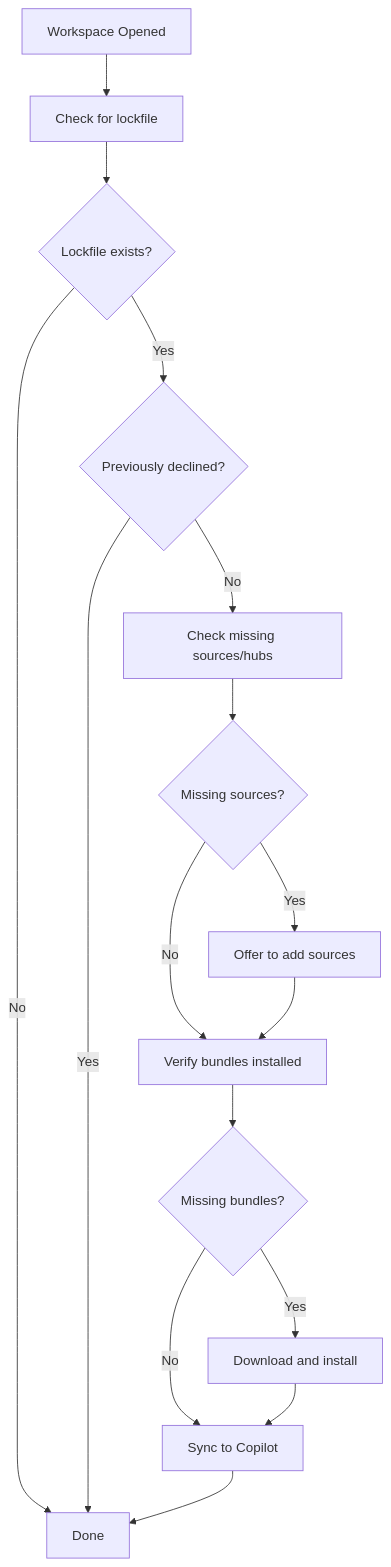
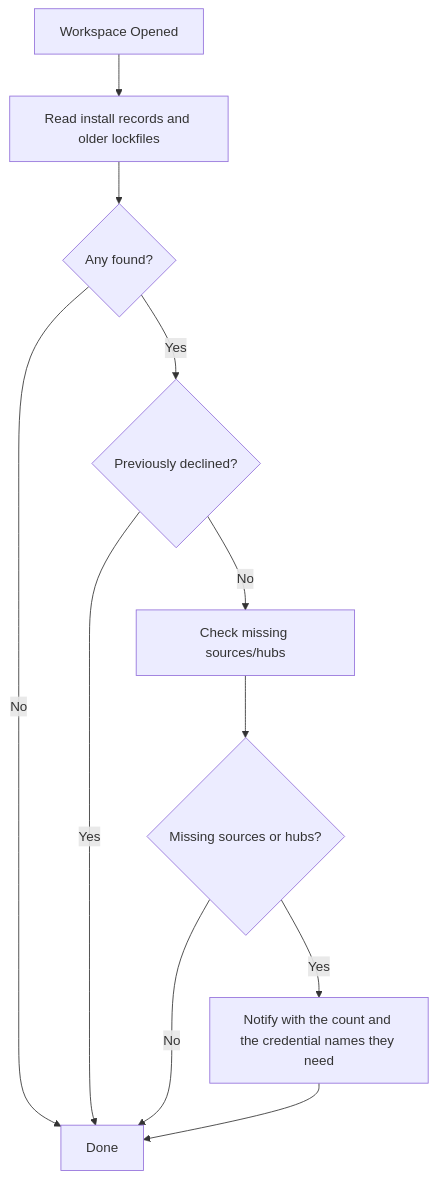
Before and after one commit to AmadeusITGroup/ai-primitives-hub: the sixth of 6 diagrams in docs/contributor-guide/architecture/installation-flow.md, drawn with Mermaid. The commit also changed other lines of this file and 11 other files, not shown here.

Commit message:
docs: update contributor docs for the install records

````diff
--- a/docs/contributor-guide/architecture/installation-flow.md
+++ b/docs/contributor-guide/architecture/installation-flow.md
@@ -411,18 +361,13 @@
 ```mermaid
 flowchart TD
-    A[Workspace Opened] --> B[Check for lockfile]
-    B --> C{Lockfile exists?}
+    A[Workspace Opened] --> B[Read install records and older lockfiles]
+    B --> C{Any found?}
     C -->|No| Z[Done]
     C -->|Yes| D{Previously declined?}
     D -->|Yes| Z
     D -->|No| E[Check missing sources/hubs]
-    E --> F{Missing sources?}
-    F -->|Yes| G[Offer to add sources]
-    F -->|No| H[Verify bundles installed]
-    G --> H
-    H --> I{Missing bundles?}
-    I -->|Yes| J[Download and install]
-    I -->|No| K[Sync to Copilot]
-    J --> K
-    K --> Z
+    E --> F{Missing sources or hubs?}
+    F -->|Yes| G[Notify with the count and the credential names they need]
+    F -->|No| Z
+    G --> Z
 ```
````
